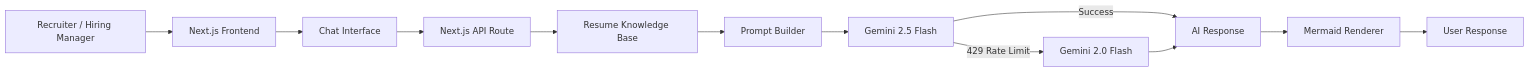
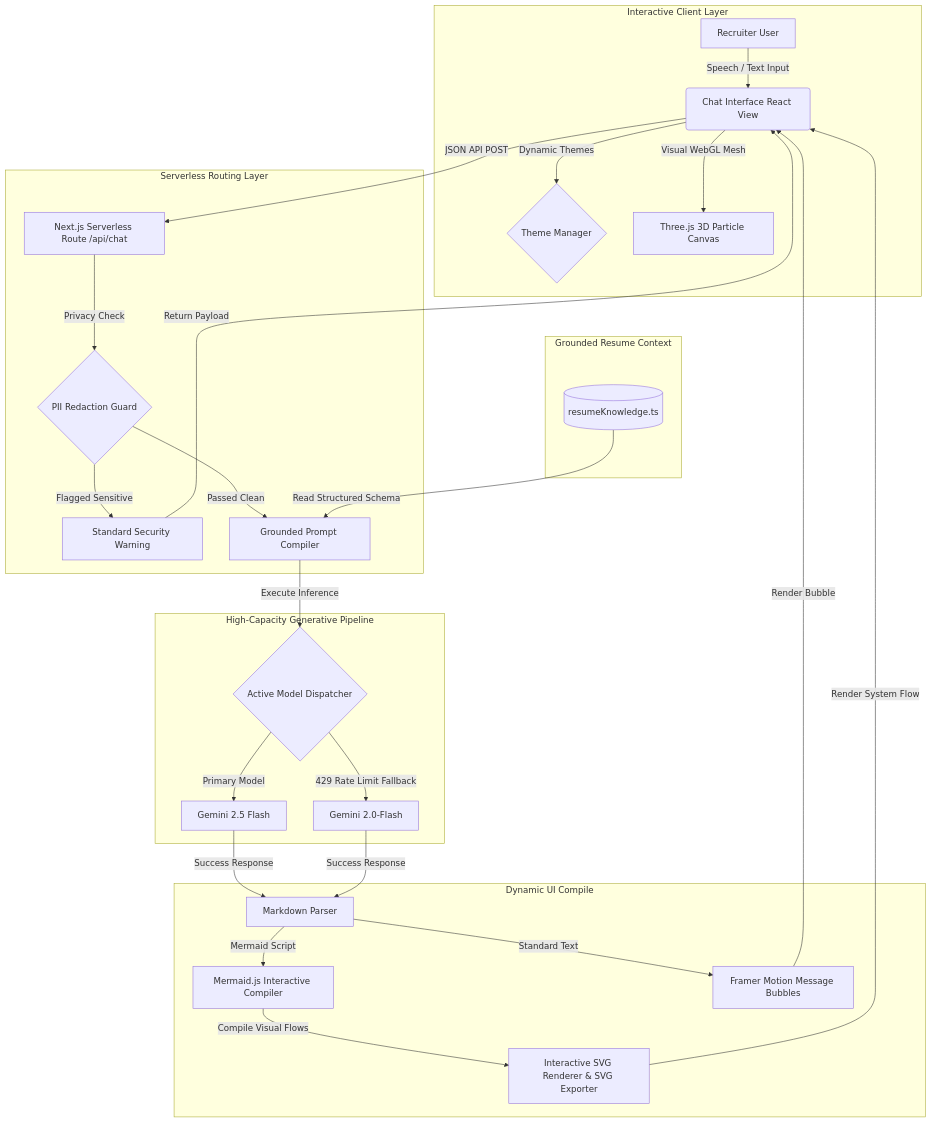
One commit to sivad5712/Siva_Ai_Resume_Chatbot changed the first of 2 diagrams in README.md. Above: the diagram before and after it, drawn with Mermaid. The commit also changed other lines of this file, not shown here.

Commit message:
Refactor README.md with professional monochrome badges and comprehensive multi-tier Mermaid diagrams

````diff
--- a/README.md
+++ b/README.md
@@ -70,26 +70,37 @@
 ```mermaid
-flowchart LR
+flowchart TD
+    subgraph Client Tier [Interactive Client Layer]
+        A[Recruiter User] -->|Speech / Text Input| B(Chat Interface React View)
+        B -->|Dynamic Themes| C{Theme Manager}
+        B -->|Visual WebGL Mesh| D[Three.js 3D Particle Canvas]
+    end
 
-A[Recruiter / Hiring Manager]
---> B[Next.js Frontend]
+    subgraph Controller Tier [Serverless Routing Layer]
+        B -->|JSON API POST| E[Next.js Serverless Route /api/chat]
+        E -->|Privacy Check| F{PII Redaction Guard}
+        F -->|Flagged Sensitive| G[Standard Security Warning]
+        F -->|Passed Clean| H[Grounded Prompt Compiler]
+    end
 
-B --> C[Chat Interface]
+    subgraph Knowledge Base [Grounded Resume Context]
+        I[(resumeKnowledge.ts)] -->|Read Structured Schema| H
+    end
 
-C --> D[Next.js API Route]
+    subgraph LLM Routing Tier [High-Capacity Generative Pipeline]
+        H -->|Execute Inference| J{Active Model Dispatcher}
+        J -->|Primary Model| K[Gemini 2.5 Flash]
+        J -->|429 Rate Limit Fallback| L[Gemini 2.0-Flash]
+    end
 
-D --> E[Resume Knowledge Base]
+    subgraph Dynamic Response Layer [Dynamic UI Compile]
+        K -->|Success Response| M[Markdown Parser]
+        L -->|Success Response| M
+        M -->|Mermaid Script| N[Mermaid.js Interactive Compiler]
+        M -->|Standard Text| O[Framer Motion Message Bubbles]
+        N -->|Compile Visual Flows| P[Interactive SVG Renderer & SVG Exporter]
+    end
 
-E --> F[Prompt Builder]
-
-F --> G[Gemini 2.5 Flash]
-
-G -->|Success| H[AI Response]
-
-G -->|429 Rate Limit| I[Gemini 2.0 Flash]
-
-I --> H
-
-H --> J[Mermaid Renderer]
-
-J --> K[User Response]
+    G -->|Return Payload| B
+    O -->|Render Bubble| B
+    P -->|Render System Flow| B
 ```
````
